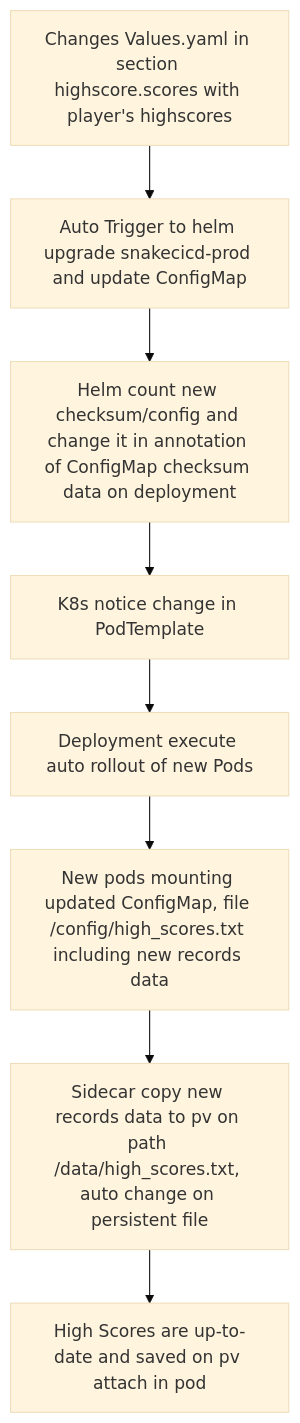
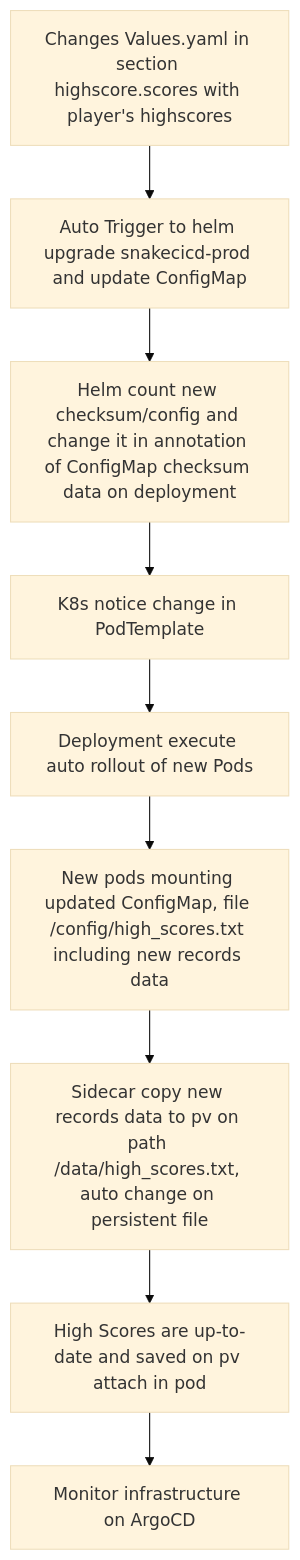
The second of 2 diagrams in README.md (DanyAAD90/snakecicd), drawn with Mermaid (base theme) before and after one commit.

Commit message:
Updated file: /home/tms_master_1/snake/.git/index.lock

````diff
--- a/README.md
+++ b/README.md
@@ -76,10 +76,11 @@
 ```mermaid
 flowchart TD
 B[Changes Values.yaml in section highscore.scores with player's highscores] --> C[Auto Trigger to helm upgrade snakecicd-prod and update ConfigMap]
 C --> D[Helm count new checksum/config and change it in annotation of ConfigMap checksum data on deployment]
 D --> E[K8s notice change in PodTemplate]
 E --> F[Deployment execute auto rollout of new Pods]
 F --> G[New pods mounting updated ConfigMap, file /config/high_scores.txt including new records data]
 G --> H[Sidecar copy new records data to pv on path /data/high_scores.txt, auto change on persistent file]
 H --> I[High Scores are up-to-date and saved on pv attach in pod]
+I --> J[Monitor infrastructure on ArgoCD]
 ```
````
